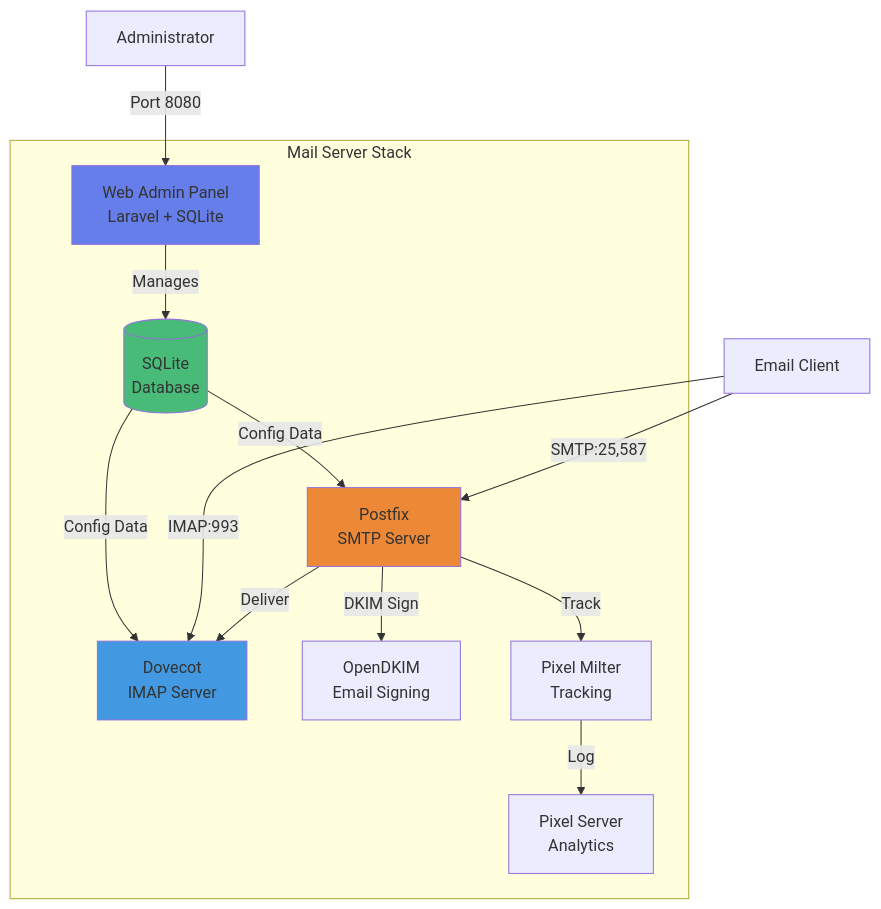
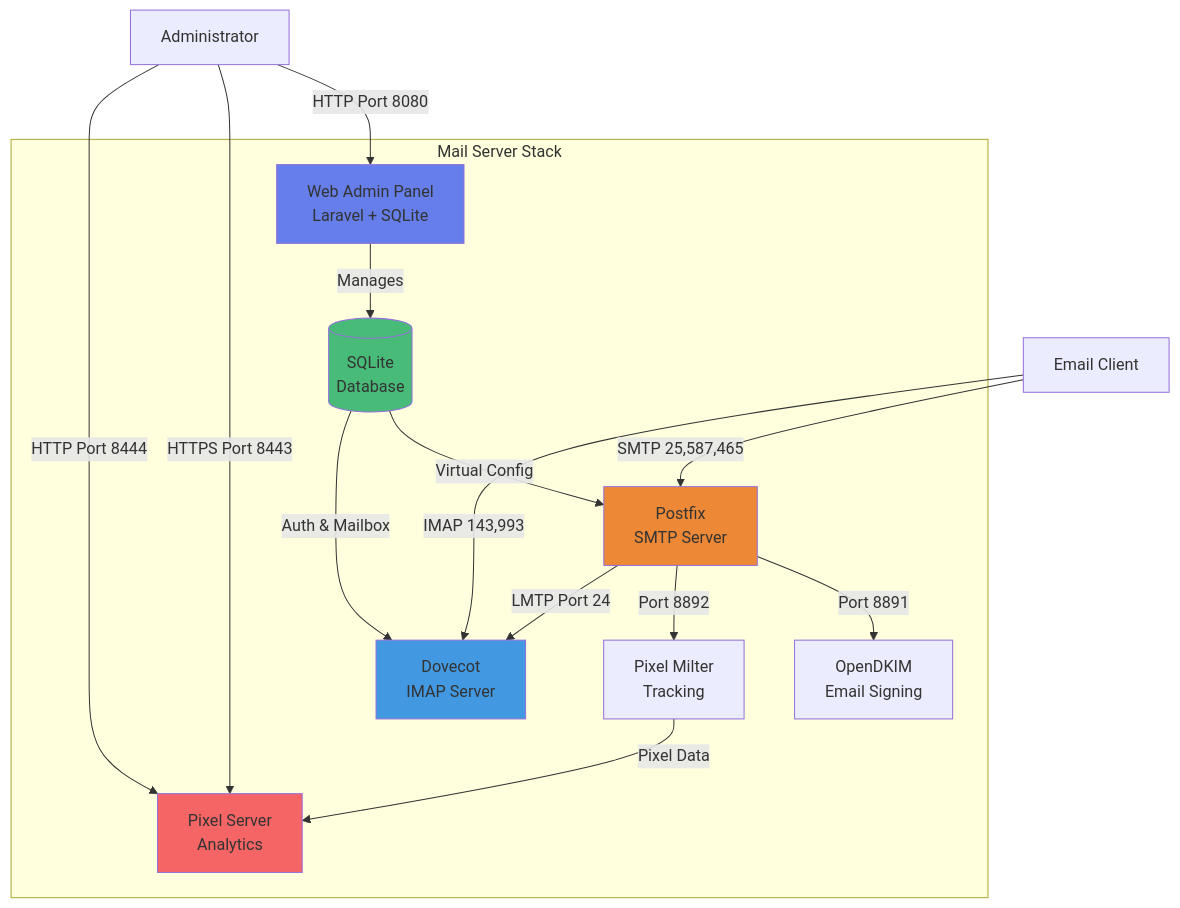
The diagram in README.md (tayyebi/mailserver), drawn with Mermaid before and after one commit. The commit also changed 9 other files, not shown here.

Commit message:
Integrate admin panel with Postfix/Dovecot, update architecture diagram, remove redundant files

````diff
--- a/README.md
+++ b/README.md
@@ -15,30 +15,33 @@
 ```mermaid
 graph TB
     subgraph "Mail Server Stack"
         Admin[Web Admin Panel<br/>Laravel + SQLite]
         DB[(SQLite<br/>Database)]
         Postfix[Postfix<br/>SMTP Server]
         Dovecot[Dovecot<br/>IMAP Server]
         OpenDKIM[OpenDKIM<br/>Email Signing]
         PixelMilter[Pixel Milter<br/>Tracking]
         PixelServer[Pixel Server<br/>Analytics]
     end
     
-    User[Administrator] -->|Port 8080| Admin
+    User[Administrator] -->|HTTP Port 8080| Admin
+    User -->|HTTPS Port 8443| PixelServer
+    User -->|HTTP Port 8444| PixelServer
     Admin -->|Manages| DB
-    DB -->|Config Data| Postfix
-    DB -->|Config Data| Dovecot
+    DB -->|Virtual Config| Postfix
+    DB -->|Auth & Mailbox| Dovecot
     
-    Client[Email Client] -->|SMTP:25,587| Postfix
-    Client -->|IMAP:993| Dovecot
+    EmailClient[Email Client] -->|SMTP 25,587,465| Postfix
+    EmailClient -->|IMAP 143,993| Dovecot
     
-    Postfix -->|DKIM Sign| OpenDKIM
-    Postfix -->|Track| PixelMilter
-    Postfix -->|Deliver| Dovecot
-    PixelMilter -->|Log| PixelServer
+    Postfix -->|Port 8891| OpenDKIM
+    Postfix -->|Port 8892| PixelMilter
+    Postfix -->|LMTP Port 24| Dovecot
+    PixelMilter -->|Pixel Data| PixelServer
     
     style Admin fill:#667eea
     style DB fill:#48bb78
     style Postfix fill:#ed8936
     style Dovecot fill:#4299e1
+    style PixelServer fill:#f56565
 ```
````
